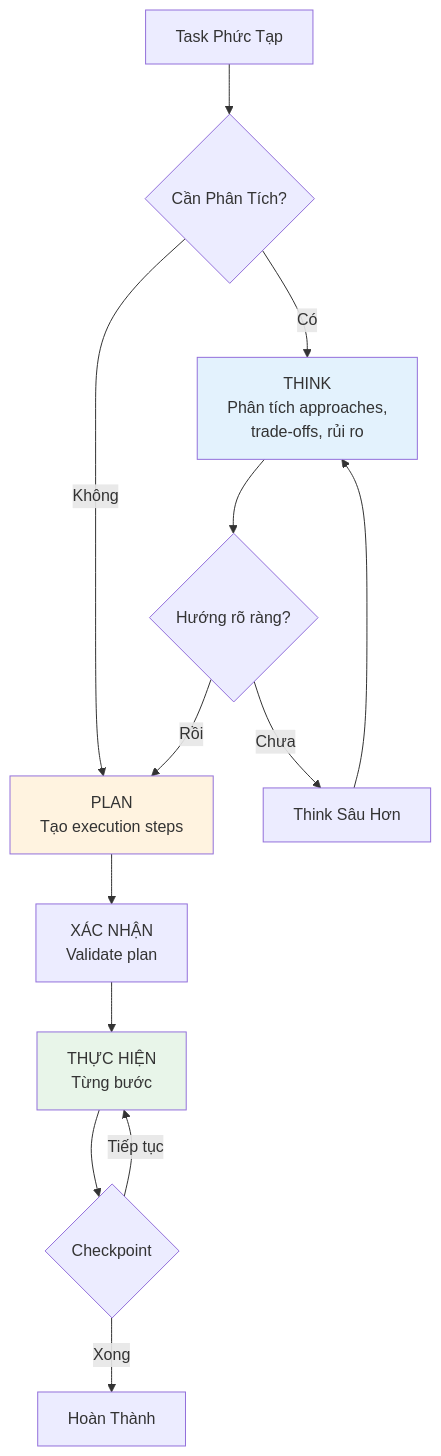
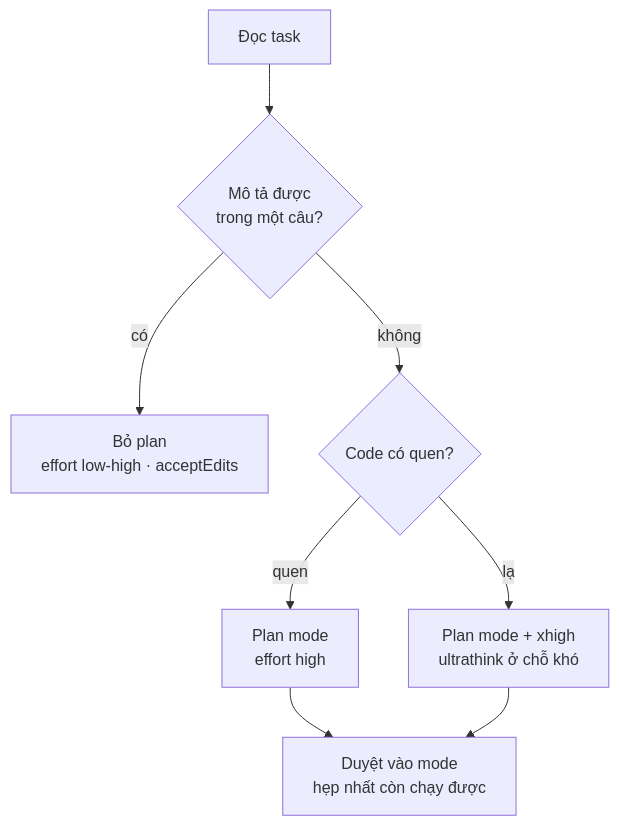
Before and after one commit to ShipWithAI/claude-code-mastery: the diagram in src/content/docs/vi/claude-code/phase-06-thinking-planning/03-think-plan-combo.md, drawn with Mermaid. The commit also changed other lines of this file and 8 other files, not shown here.

First line of the commit message:
rewrite(6.1–6.3): think & plan modes on native features (audit W1-5) (#64)

````diff
--- a/src/content/docs/vi/claude-code/phase-06-thinking-planning/03-think-plan-combo.md
+++ b/src/content/docs/vi/claude-code/phase-06-thinking-planning/03-think-plan-combo.md
@@ -30,19 +62,10 @@
 ```mermaid
 graph TD
-    A[Task Phức Tạp] --> B{Cần Phân Tích?}
-    B -->|Có| C[THINK<br/>Phân tích approaches,<br/>trade-offs, rủi ro]
-    B -->|Không| D[PLAN<br/>Tạo execution steps]
-    C --> E{Hướng rõ ràng?}
-    E -->|Chưa| F[Think Sâu Hơn]
-    F --> C
-    E -->|Rồi| D
-    D --> G[XÁC NHẬN<br/>Validate plan]
-    G --> H[THỰC HIỆN<br/>Từng bước]
-    H --> I{Checkpoint}
-    I -->|Tiếp tục| H
-    I -->|Xong| J[Hoàn Thành]
-
-    style C fill:#e3f2fd
-    style D fill:#fff3e0
-    style H fill:#e8f5e9
+    A[Đọc task] --> B{Mô tả được<br/>trong một câu?}
+    B -->|có| C[Bỏ plan<br/>effort low-high · acceptEdits]
+    B -->|không| D{Code có quen?}
+    D -->|quen| E[Plan mode<br/>effort high]
+    D -->|lạ| F[Plan mode + xhigh<br/>ultrathink ở chỗ khó]
+    E --> G[Duyệt vào mode<br/>hẹp nhất còn chạy được]
+    F --> G
 ```
````
